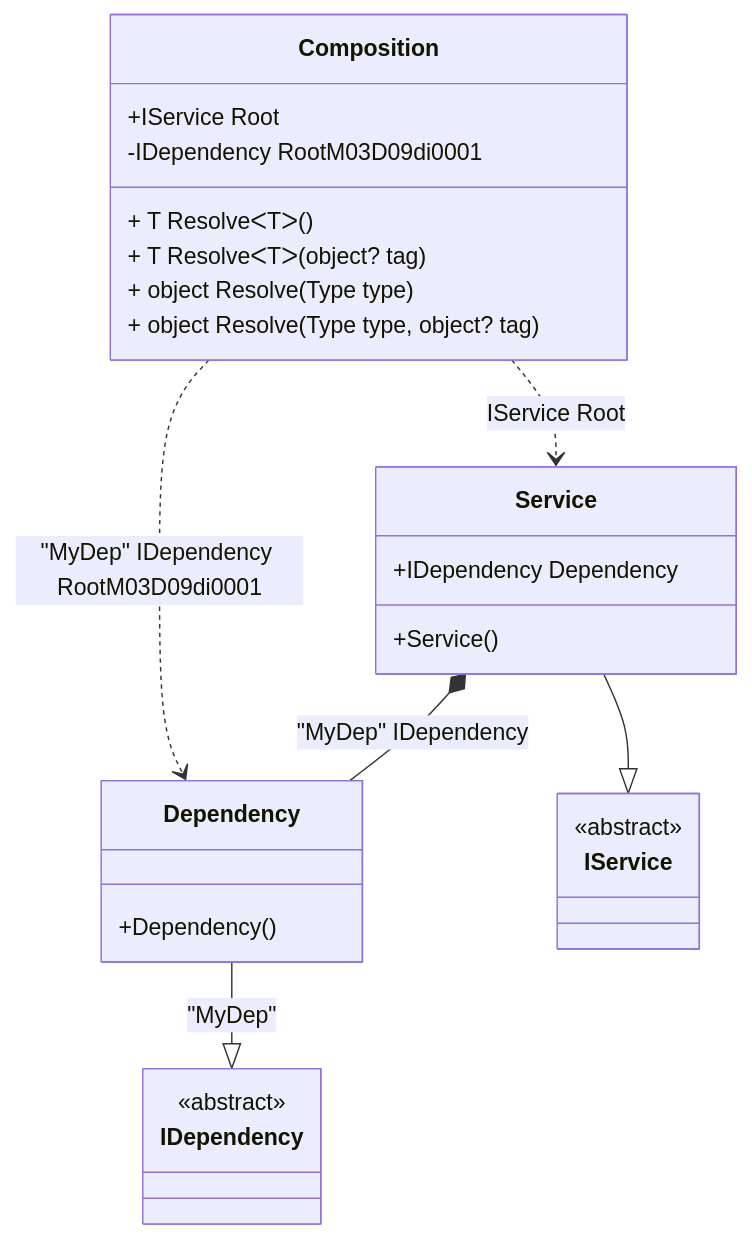
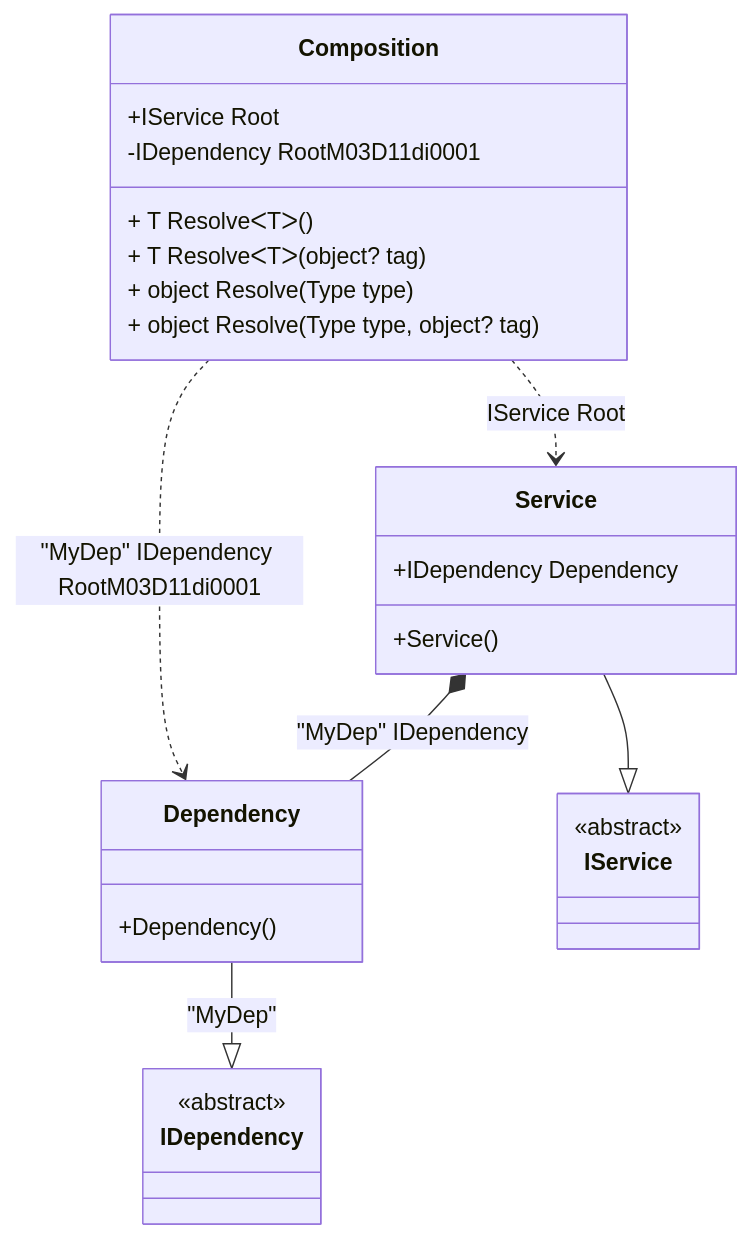
Before and after one commit to DevTeam/Pure.DI: the diagram in readme/check-for-a-root.md, drawn with Mermaid. The commit also changed other lines of this file and 73 other files, not shown here.

````diff
--- a/readme/check-for-a-root.md
+++ b/readme/check-for-a-root.md
@@ -63,29 +63,29 @@
 ```mermaid
 classDiagram
   class Composition {
     +IService Root
-    -IDependency RootM03D09di0001
+    -IDependency RootM03D11di0001
     + T ResolveᐸTᐳ()
     + T ResolveᐸTᐳ(object? tag)
     + object Resolve(Type type)
     + object Resolve(Type type, object? tag)
   }
   Dependency --|> IDependency : "MyDep" 
   class Dependency {
     +Dependency()
   }
   Service --|> IService : 
   class Service {
     +Service()
     +IDependency Dependency
   }
   class IDependency {
     <<abstract>>
   }
   class IService {
     <<abstract>>
   }
   Service *--  Dependency : "MyDep"  IDependency
-  Composition ..> Dependency : "MyDep" IDependency RootM03D09di0001
+  Composition ..> Dependency : "MyDep" IDependency RootM03D11di0001
   Composition ..> Service : IService Root
 ```
````
